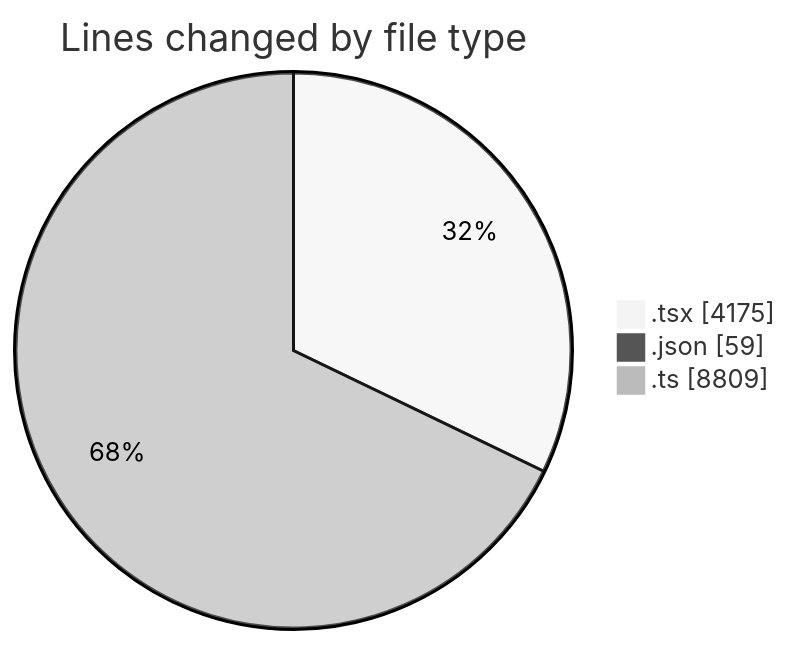
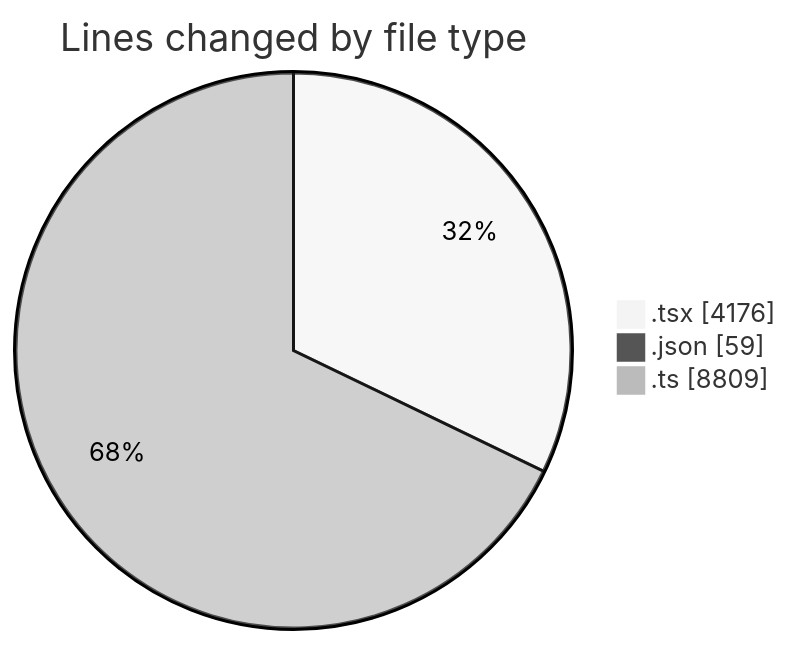
One commit to momahboobian/code-tracking changed the first of 2 diagrams in 2025-11-24/cda/README.md. Above: the diagram before and after it, drawn with Mermaid (neutral theme). The commit also changed other lines of this file and 1 other file, not shown here.

````diff
--- a/2025-11-24/cda/README.md
+++ b/2025-11-24/cda/README.md
@@ -34,7 +34,7 @@
 ```mermaid
 pie showData
 title Lines changed by file type
-".tsx" : 4175
+".tsx" : 4176
 ".json" : 59
 ".ts" : 8809
 ```
````
